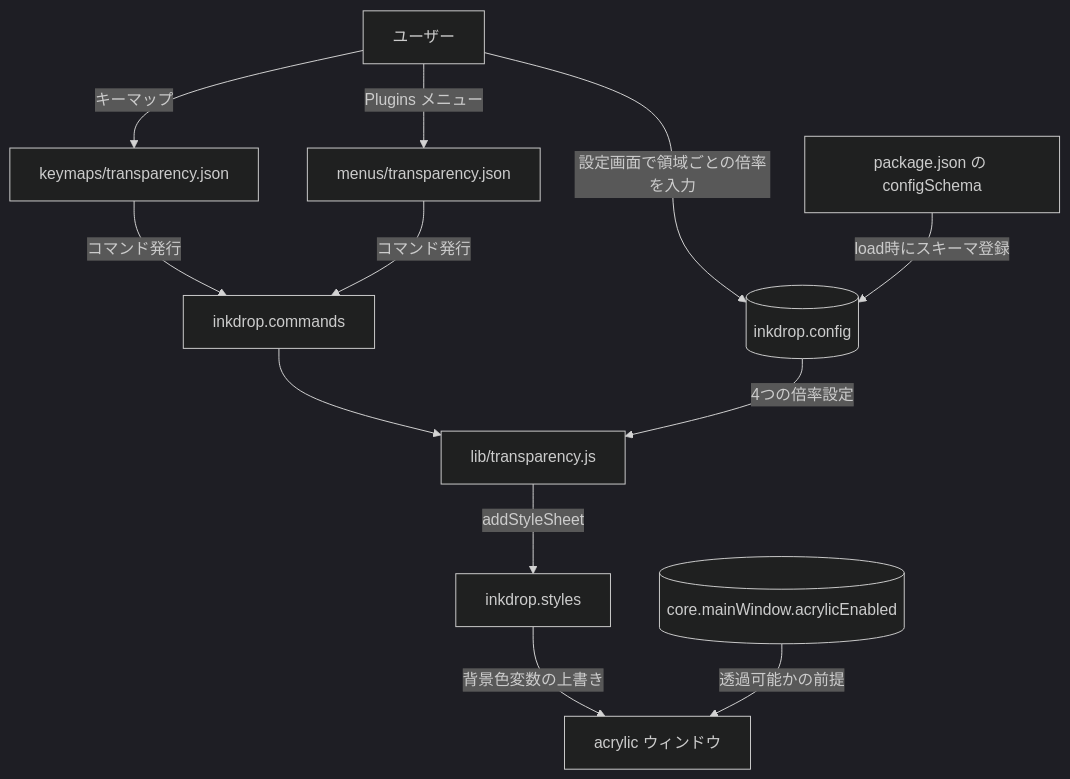
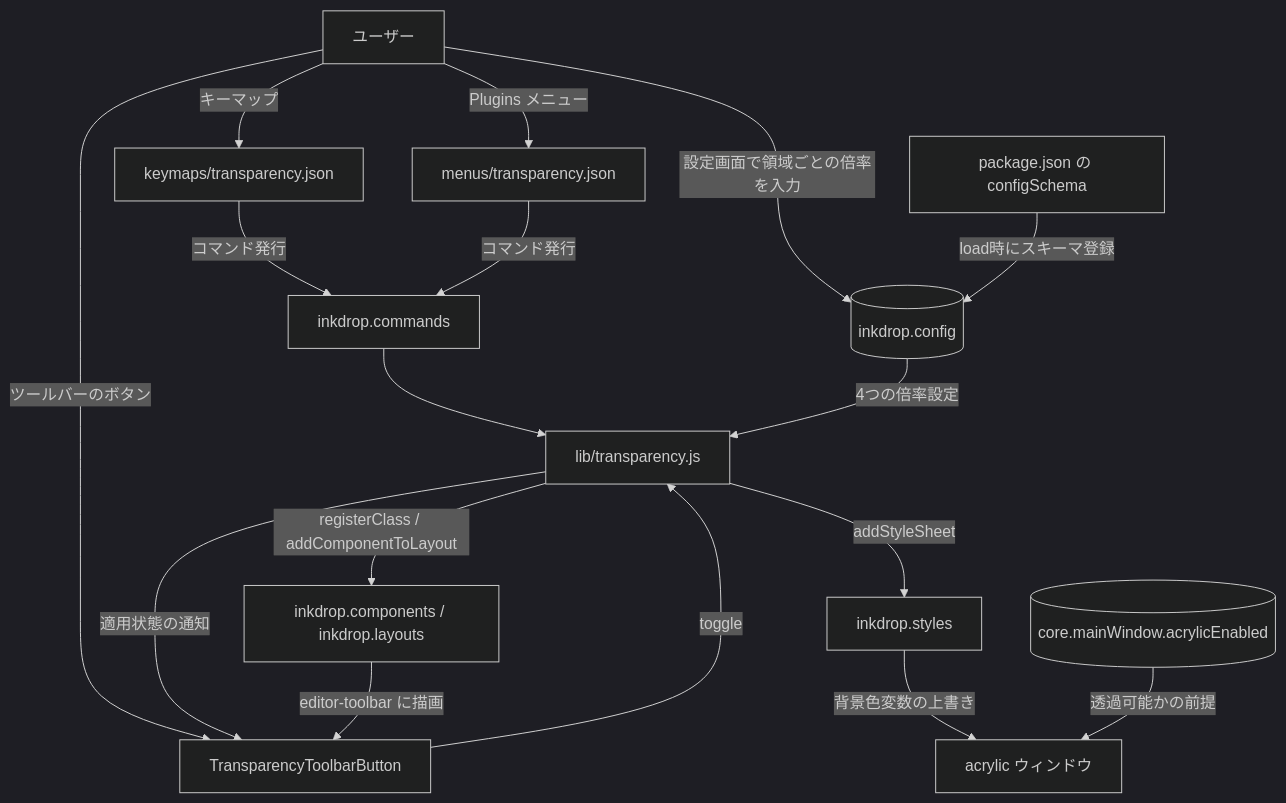
The first of 2 diagrams in docs/design/architecture.md (ban367/inkdrop-transparency), drawn with Mermaid (dark theme) before and after one commit. The commit also changed other lines of this file and 9 other files, not shown here.

First line of the commit message:
feat: add a toggle, a toolbar button and useful defaults

````diff
--- a/docs/design/architecture.md
+++ b/docs/design/architecture.md
@@ -9,16 +9,21 @@
 ```mermaid
 graph TD
     U[ユーザー] -->|キーマップ| KM[keymaps/transparency.json]
     U -->|Plugins メニュー| MN[menus/transparency.json]
     U -->|設定画面で領域ごとの倍率を入力| CFG[(inkdrop.config)]
 
+    U -->|ツールバーのボタン| TB[TransparencyToolbarButton]
     KM -->|コマンド発行| CMD[inkdrop.commands]
     MN -->|コマンド発行| CMD
     CMD --> PLG[lib/transparency.js]
+    TB -->|toggle| PLG
+    PLG -->|適用状態の通知| TB
+    PLG -->|registerClass / addComponentToLayout| CMP[inkdrop.components / inkdrop.layouts]
+    CMP -->|editor-toolbar に描画| TB
 
     CFG -->|4つの倍率設定| PLG
     SCH[package.json の configSchema] -->|load時にスキーマ登録| CFG
     PLG -->|addStyleSheet| STY[inkdrop.styles]
     STY -->|背景色変数の上書き| WIN[acrylic ウィンドウ]
     CORE[(core.mainWindow.acrylicEnabled)] -->|透過可能かの前提| WIN
 ```
````
